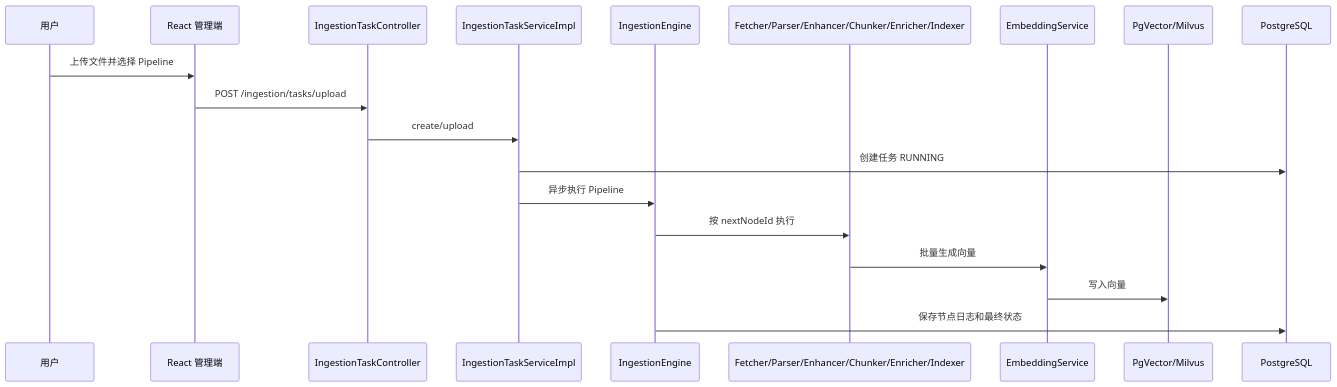
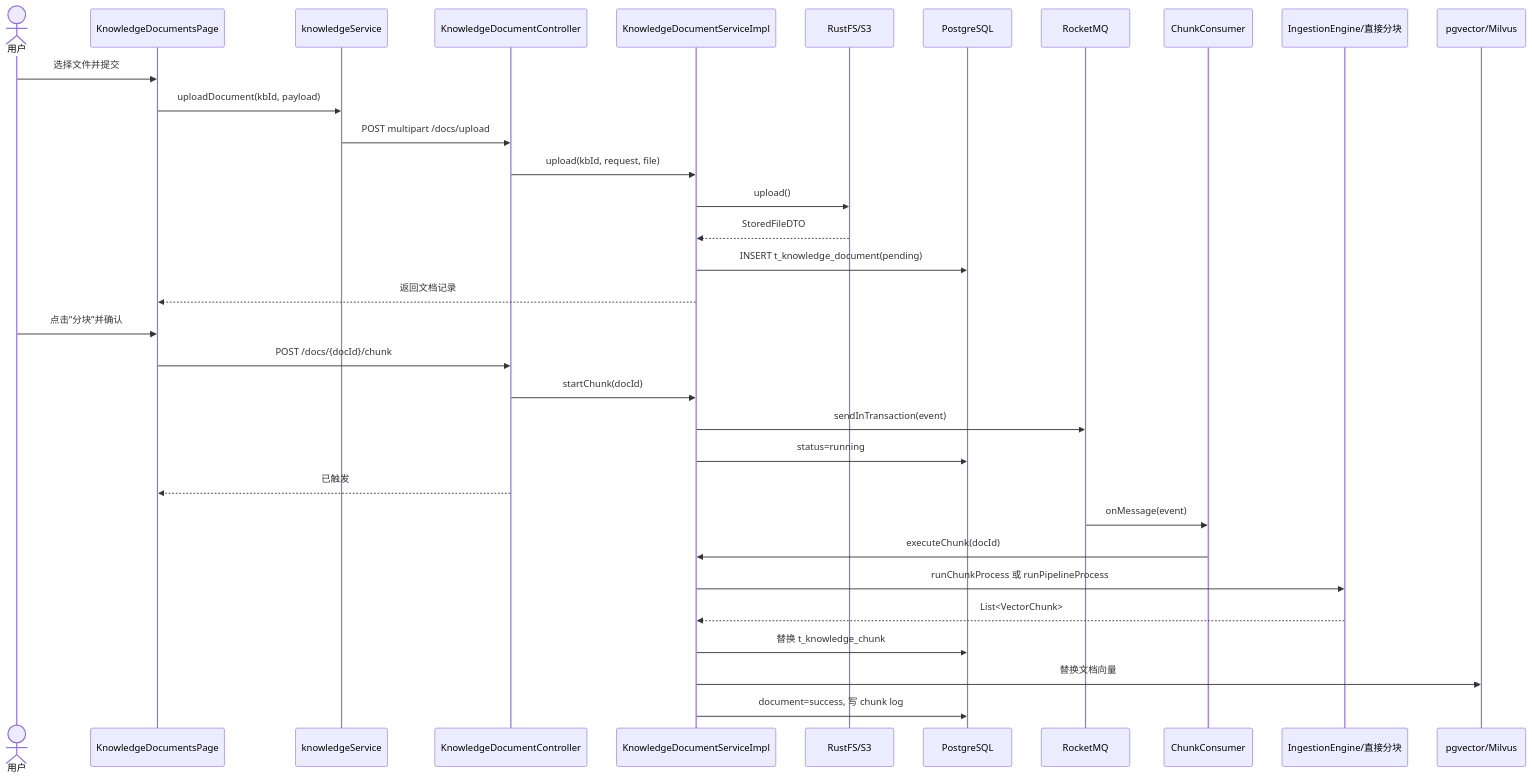
The second of 4 diagrams in docs/learning-notes/06-文档入库流程解析.md (Purpose-C/ragent), drawn with Mermaid before and after one commit. The commit also changed other lines of this file and 19 other files, not shown here.

````diff
--- a/docs/learning-notes/06-文档入库流程解析.md
+++ b/docs/learning-notes/06-文档入库流程解析.md
@@ -21,21 +192,38 @@
 ```mermaid
 sequenceDiagram
-    participant U as 用户
-    participant F as React 管理端
-    participant C as IngestionTaskController
-    participant S as IngestionTaskServiceImpl
-    participant E as IngestionEngine
-    participant N as Fetcher/Parser/Enhancer/Chunker/Enricher/Indexer
-    participant AI as EmbeddingService
-    participant V as PgVector/Milvus
-    participant D as PostgreSQL
-    U->>F: 上传文件并选择 Pipeline
-    F->>C: POST /ingestion/tasks/upload
-    C->>S: create/upload
-    S->>D: 创建任务 RUNNING
-    S->>E: 异步执行 Pipeline
-    E->>N: 按 nextNodeId 执行
-    N->>AI: 批量生成向量
-    AI->>V: 写入向量
-    E->>D: 保存节点日志和最终状态
+    actor U as 用户
+    participant K as KnowledgeDocumentsPage
+    participant KS as knowledgeService
+    participant KC as KnowledgeDocumentController
+    participant KSI as KnowledgeDocumentServiceImpl
+    participant S3 as RustFS/S3
+    participant DB as PostgreSQL
+    participant MQ as RocketMQ
+    participant C as ChunkConsumer
+    participant E as IngestionEngine/直接分块
+    participant V as pgvector/Milvus
+
+    U->>K: 选择文件并提交
+    K->>KS: uploadDocument(kbId, payload)
+    KS->>KC: POST multipart /docs/upload
+    KC->>KSI: upload(kbId, request, file)
+    KSI->>S3: upload()
+    S3-->>KSI: StoredFileDTO
+    KSI->>DB: INSERT t_knowledge_document(pending)
+    KSI-->>K: 返回文档记录
+
+    U->>K: 点击“分块”并确认
+    K->>KC: POST /docs/{docId}/chunk
+    KC->>KSI: startChunk(docId)
+    KSI->>MQ: sendInTransaction(event)
+    KSI->>DB: status=running
+    KC-->>K: 已触发
+
+    MQ->>C: onMessage(event)
+    C->>KSI: executeChunk(docId)
+    KSI->>E: runChunkProcess 或 runPipelineProcess
+    E-->>KSI: List<VectorChunk>
+    KSI->>DB: 替换 t_knowledge_chunk
+    KSI->>V: 替换文档向量
+    KSI->>DB: document=success, 写 chunk log
 ```
````
